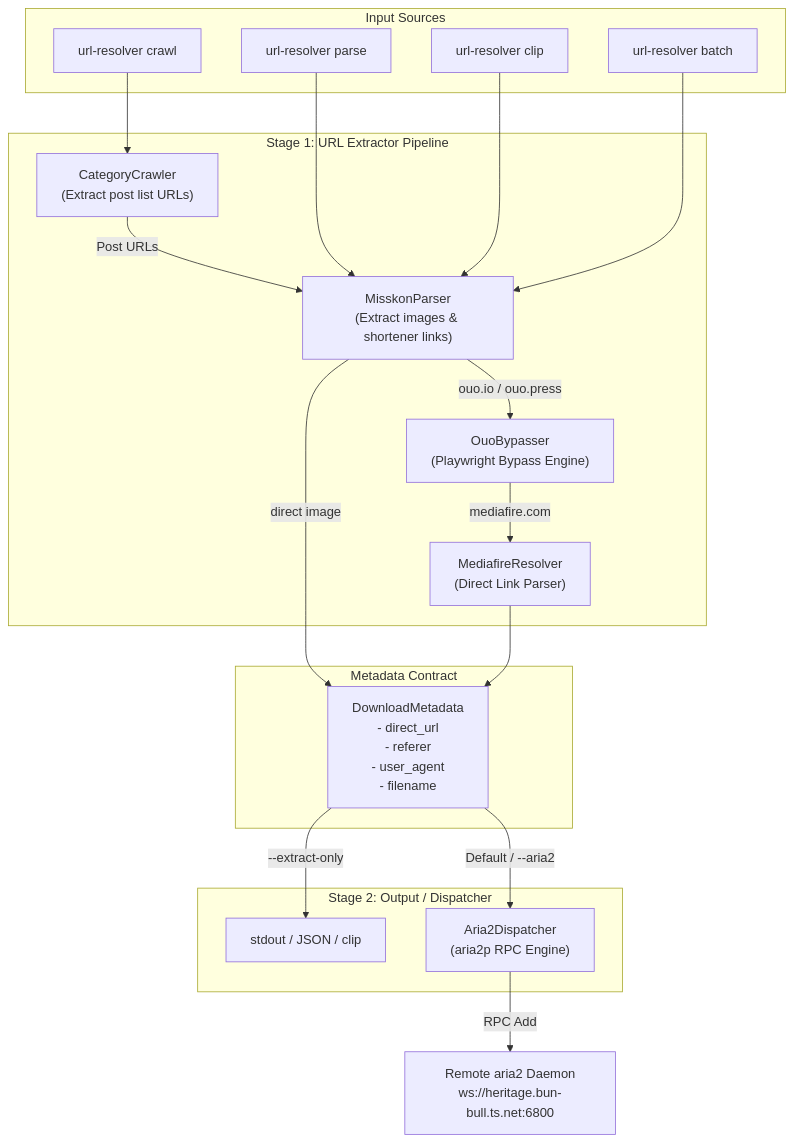
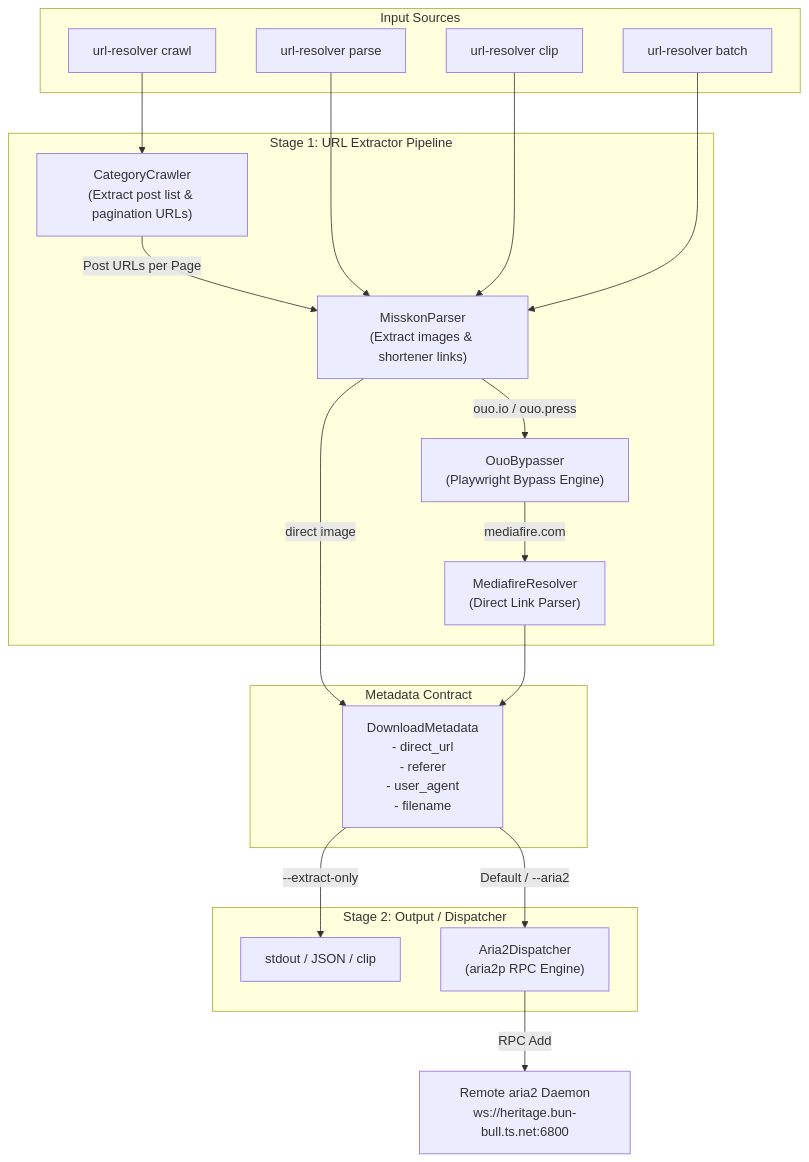
Before and after one commit to deuxksy/Meridian-X: the diagram in docs/superpowers/specs/2026-08-09-url-resolver-design.md, drawn with Mermaid. The commit also changed other lines of this file and 1 other file, not shown here.

Commit message:
docs: url resolver pagination 계획 갱신

````diff
--- a/docs/superpowers/specs/2026-08-09-url-resolver-design.md
+++ b/docs/superpowers/specs/2026-08-09-url-resolver-design.md
@@ -29,40 +29,40 @@
 ```mermaid
 flowchart TD
     subgraph Inputs ["Input Sources"]
         CLI_URL["url-resolver parse <Post_URL>"]
         CLI_CRAWL["url-resolver crawl <Category_URL>"]
         CLI_CLIP["url-resolver clip"]
         CLI_BATCH["url-resolver batch <file.txt>"]
     end
 
     subgraph Pipeline ["Stage 1: URL Extractor Pipeline"]
-        CategoryCrawler["CategoryCrawler<br/>(Extract post list URLs)"]
+        CategoryCrawler["CategoryCrawler<br/>(Extract post list & pagination URLs)"]
         Misskon["MisskonParser<br/>(Extract images & shortener links)"]
         Ouo["OuoBypasser<br/>(Playwright Bypass Engine)"]
         Mediafire["MediafireResolver<br/>(Direct Link Parser)"]
     end
 
     subgraph DataContract ["Metadata Contract"]
         MetaObj["DownloadMetadata<br/>- direct_url<br/>- referer<br/>- user_agent<br/>- filename"]
     end
 
     subgraph Dispatch ["Stage 2: Output / Dispatcher"]
         STDOUT["stdout / JSON / clip"]
         Aria2Sender["Aria2Dispatcher<br/>(aria2p RPC Engine)"]
     end
 
     CLI_CRAWL --> CategoryCrawler
-    CategoryCrawler -->|Post URLs| Misskon
+    CategoryCrawler -->|Post URLs per Page| Misskon
     CLI_URL --> Misskon
     CLI_CLIP --> Misskon
     CLI_BATCH --> Misskon
 
     Misskon -->|ouo.io / ouo.press| Ouo
     Ouo -->|mediafire.com| Mediafire
     Misskon -->|direct image| MetaObj
     Mediafire --> MetaObj
     
     MetaObj -->|--extract-only| STDOUT
     MetaObj -->|Default / --aria2| Aria2Sender
     Aria2Sender -->|RPC Add| Daemon["Remote aria2 Daemon<br/>ws://heritage.bun-bull.ts.net:6800"]
 ```
````
